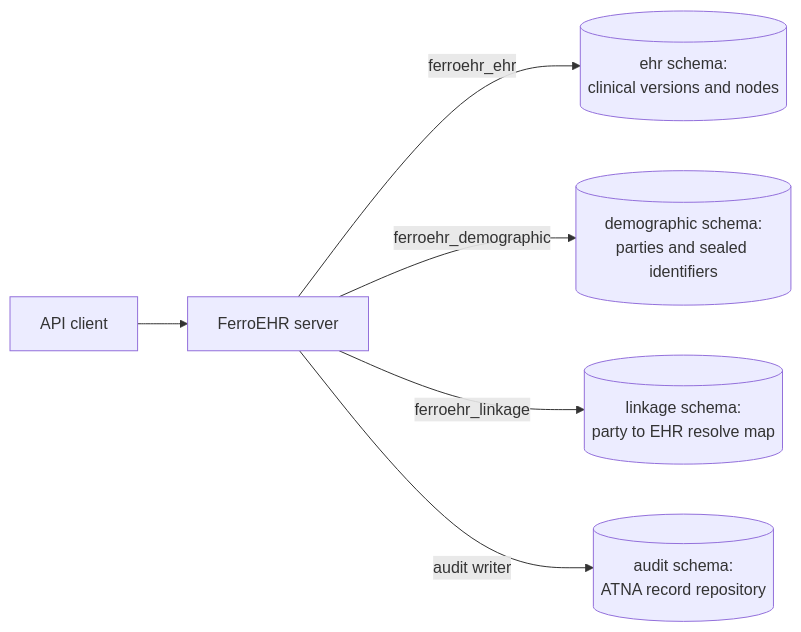
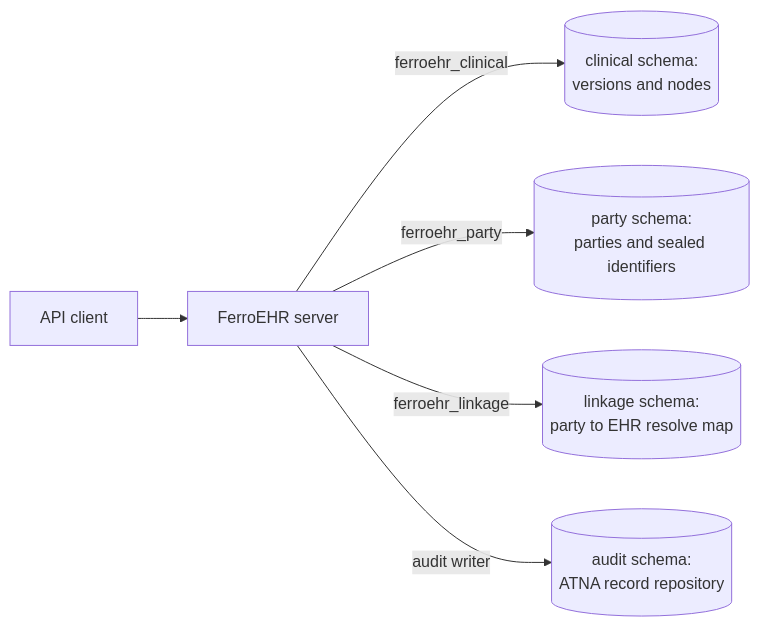
The diagram in website/book/src/compliance/index.md (rubentalstra/FerroEHR), drawn with Mermaid before and after one commit. The commit also changed other lines of this file and 23 other files, not shown here.

Commit message:
docs(storage): the per-domain DSN topology across the chart, compose and the book

````diff
--- a/website/book/src/compliance/index.md
+++ b/website/book/src/compliance/index.md
@@ -125,8 +125,8 @@
 ```mermaid
 flowchart LR
     client["API client"] --> server["FerroEHR server"]
-    server -->|ferroehr_ehr| ehr[("ehr schema:<br/>clinical versions and nodes")]
-    server -->|ferroehr_demographic| demo[("demographic schema:<br/>parties and sealed identifiers")]
+    server -->|ferroehr_clinical| ehr[("clinical schema:<br/>versions and nodes")]
+    server -->|ferroehr_party| demo[("party schema:<br/>parties and sealed identifiers")]
     server -->|ferroehr_linkage| link[("linkage schema:<br/>party to EHR resolve map")]
     server -->|audit writer| audit[("audit schema:<br/>ATNA record repository")]
 ```
````
